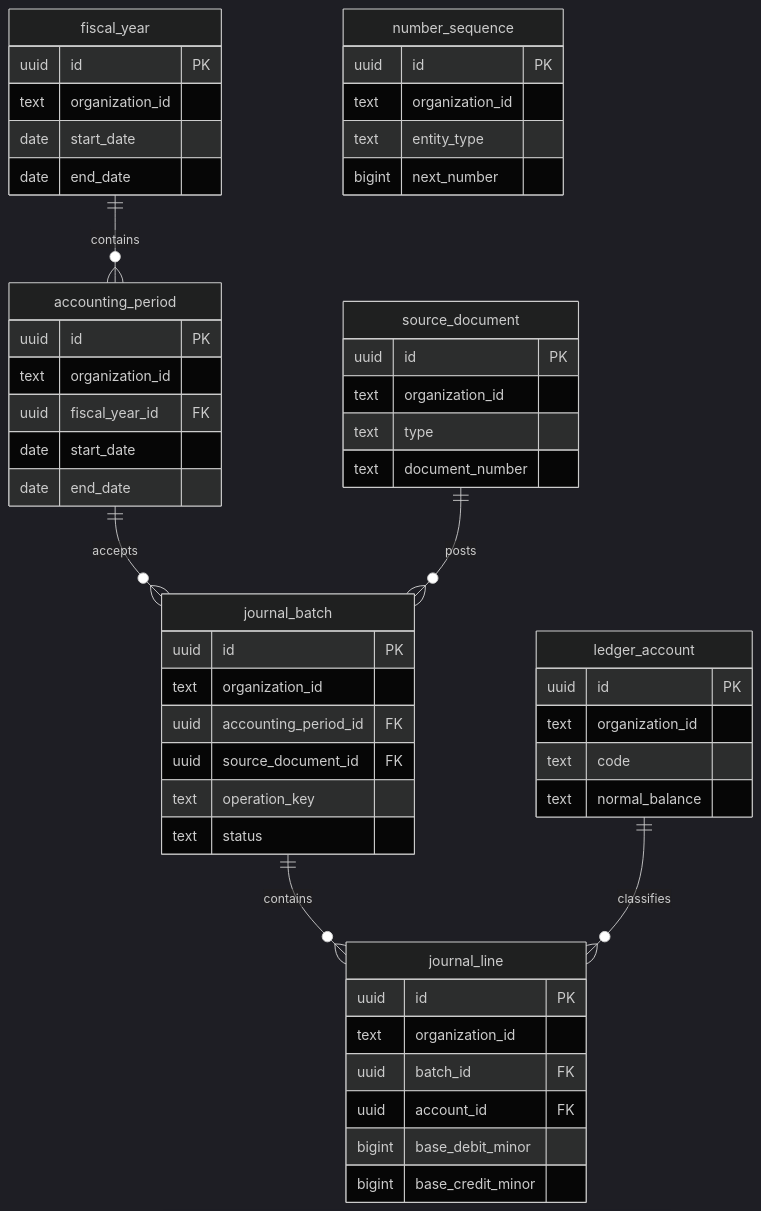
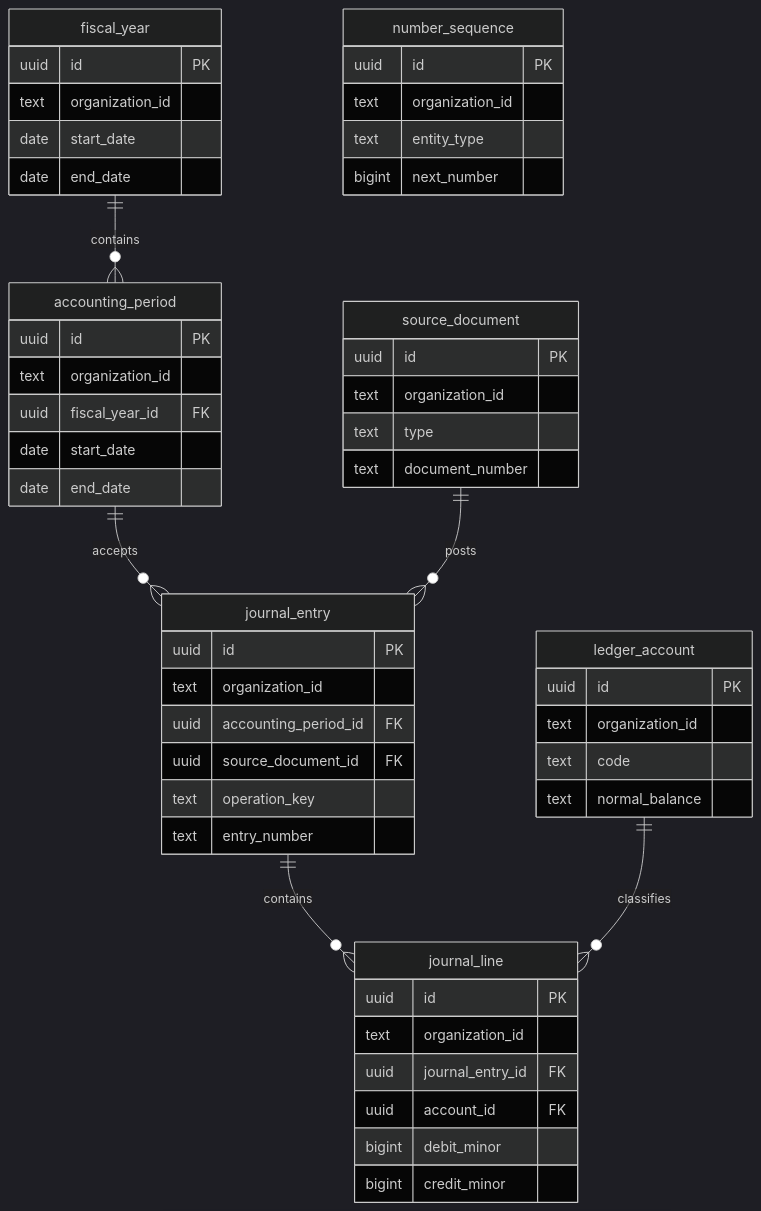
One commit to isherbuilds/edernal-books changed the second of 3 diagrams in packages/db/ARCHITECTURE.md. Above: the diagram before and after it, drawn with Mermaid (dark theme). The commit also changed other lines of this file and 110 other files, not shown here.

````diff
--- a/packages/db/ARCHITECTURE.md
+++ b/packages/db/ARCHITECTURE.md
@@ -115,55 +128,55 @@
 ```mermaid
 erDiagram
   fiscal_year {
     uuid id PK
     text organization_id
     date start_date
     date end_date
   }
   accounting_period {
     uuid id PK
     text organization_id
     uuid fiscal_year_id FK
     date start_date
     date end_date
   }
   ledger_account {
     uuid id PK
     text organization_id
     text code
     text normal_balance
   }
   number_sequence {
     uuid id PK
     text organization_id
     text entity_type
     bigint next_number
   }
   source_document {
     uuid id PK
     text organization_id
     text type
     text document_number
   }
-  journal_batch {
+  journal_entry {
     uuid id PK
     text organization_id
     uuid accounting_period_id FK
     uuid source_document_id FK
     text operation_key
-    text status
+    text entry_number
   }
   journal_line {
     uuid id PK
     text organization_id
-    uuid batch_id FK
+    uuid journal_entry_id FK
     uuid account_id FK
-    bigint base_debit_minor
-    bigint base_credit_minor
+    bigint debit_minor
+    bigint credit_minor
   }
   fiscal_year ||--o{ accounting_period : contains
-  accounting_period ||--o{ journal_batch : accepts
-  source_document ||--o{ journal_batch : posts
-  journal_batch ||--o{ journal_line : contains
+  accounting_period ||--o{ journal_entry : accepts
+  source_document ||--o{ journal_entry : posts
+  journal_entry ||--o{ journal_line : contains
   ledger_account ||--o{ journal_line : classifies
 ```
````
